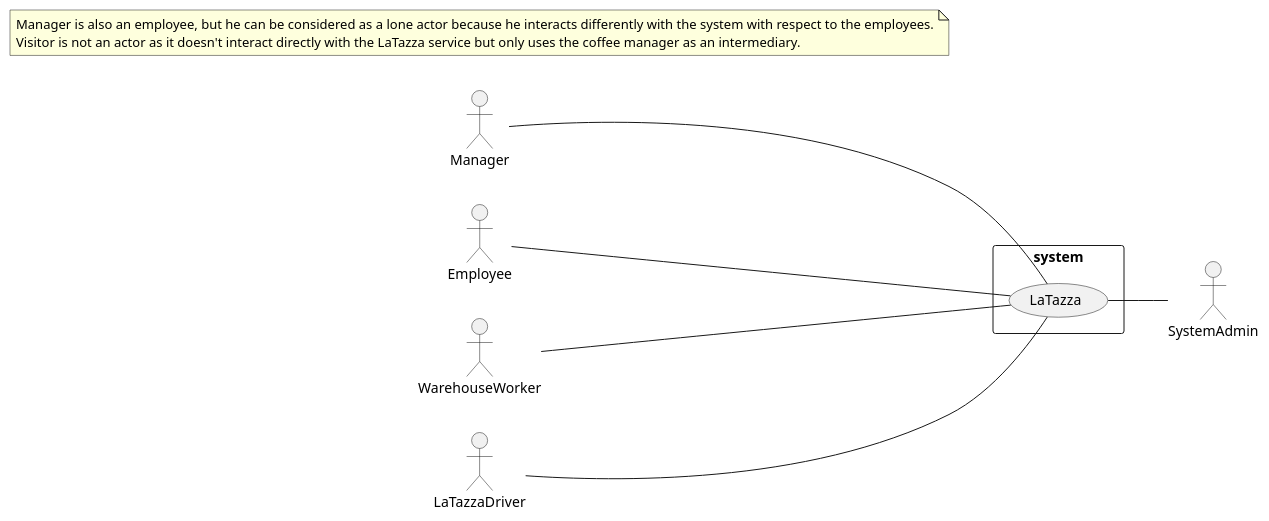
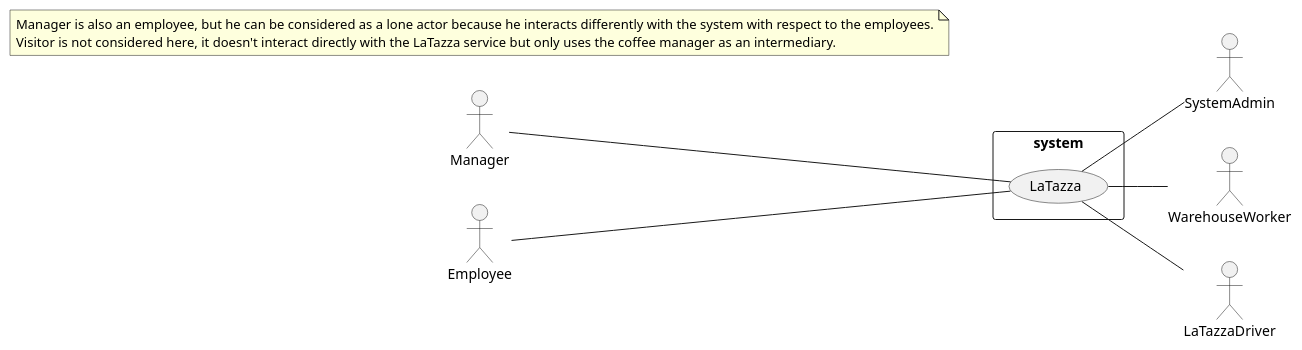
One commit to salvatore-dimartino/LaTazza changed the first of 4 diagrams in templates/RequirementsTemplate.md. Above: the diagram before and after it, drawn with PlantUML.

````diff
--- a/templates/RequirementsTemplate.md
+++ b/templates/RequirementsTemplate.md
@@ -42,29 +42,29 @@
 ```plantuml
 @startuml
 
 left to right direction
 
 skinparam packageStyle rectangle
 
 actor Manager as m
 actor Employee as e
 actor SystemAdmin as sa
 actor WarehouseWorker as ww
 actor LaTazzaDriver as ld
 
 rectangle system {
 
 	(LaTazza) as l
 
 }
 
-ld -- l
-ww -- l
+l -- ld
+l -- ww
 m -- l
 e -- l
 l -- sa
 
-note "Manager is also an employee, but he can be considered as a lone actor because he interacts differently with the system with respect to the employees.\nVisitor is not an actor as it doesn't interact directly with the LaTazza service but only uses the coffee manager as an intermediary." as n
+note "Manager is also an employee, but he can be considered as a lone actor because he interacts differently with the system with respect to the employees.\nVisitor is not considered here, it doesn't interact directly with the LaTazza service but only uses the coffee manager as an intermediary." as n
 
 @enduml
 ```
````
